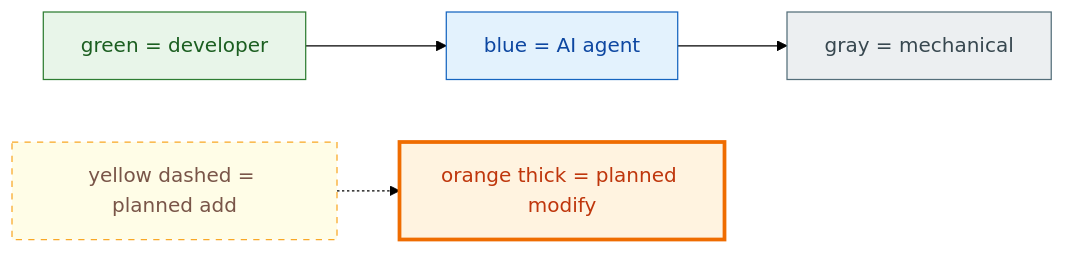
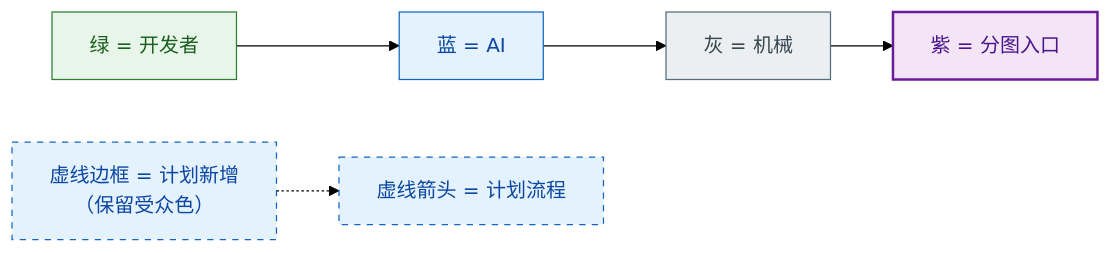
One commit to maxi3777/Keel changed the first of 10 diagrams in docs/MENTAL-MODEL.md. Above: the diagram before and after it, drawn with Mermaid (forest theme). The commit also changed other lines of this file, not shown here.

````diff
--- a/docs/MENTAL-MODEL.md
+++ b/docs/MENTAL-MODEL.md
@@ -25,10 +32,10 @@
 ```mermaid
 flowchart LR
-    A["green = developer"]:::human --> B["blue = AI agent"]:::ai --> C["gray = mechanical"]:::mech
-    D["yellow dashed = planned add"]:::planned -.-> E["orange thick = planned modify"]:::modified
+    A["绿 = 开发者"]:::human --> B["蓝 = AI"]:::ai --> C["灰 = 机械"]:::mech --> P["紫 = 分图入口"]:::mod
+    D["虚线边框 = 计划新增<br/>（保留受众色）"]:::plantai -.-> E["虚线箭头 = 计划流程"]:::plantai
     classDef human fill:#e8f5e9,stroke:#2e7d32,color:#1b5e20
     classDef ai fill:#e3f2fd,stroke:#1565c0,color:#0d47a1
     classDef mech fill:#eceff1,stroke:#546e7a,color:#37474f
-    classDef planned fill:#fffde7,stroke:#f9a825,stroke-dasharray:5 5,color:#795548
-    classDef modified fill:#fff3e0,stroke:#ef6c00,stroke-width:3px,color:#bf360c
+    classDef mod fill:#f3e5f5,stroke:#6a1b9a,color:#4a148c,stroke-width:2px
+    classDef plantai fill:#e3f2fd,stroke:#1565c0,stroke-dasharray:5 5,color:#0d47a1
 ```
````
